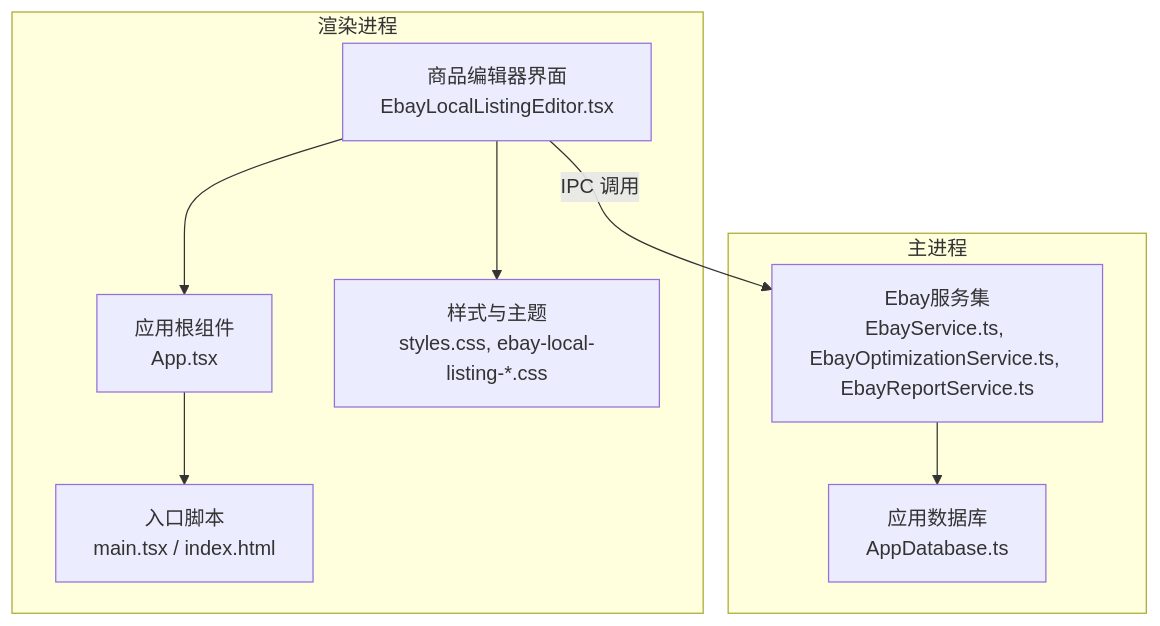
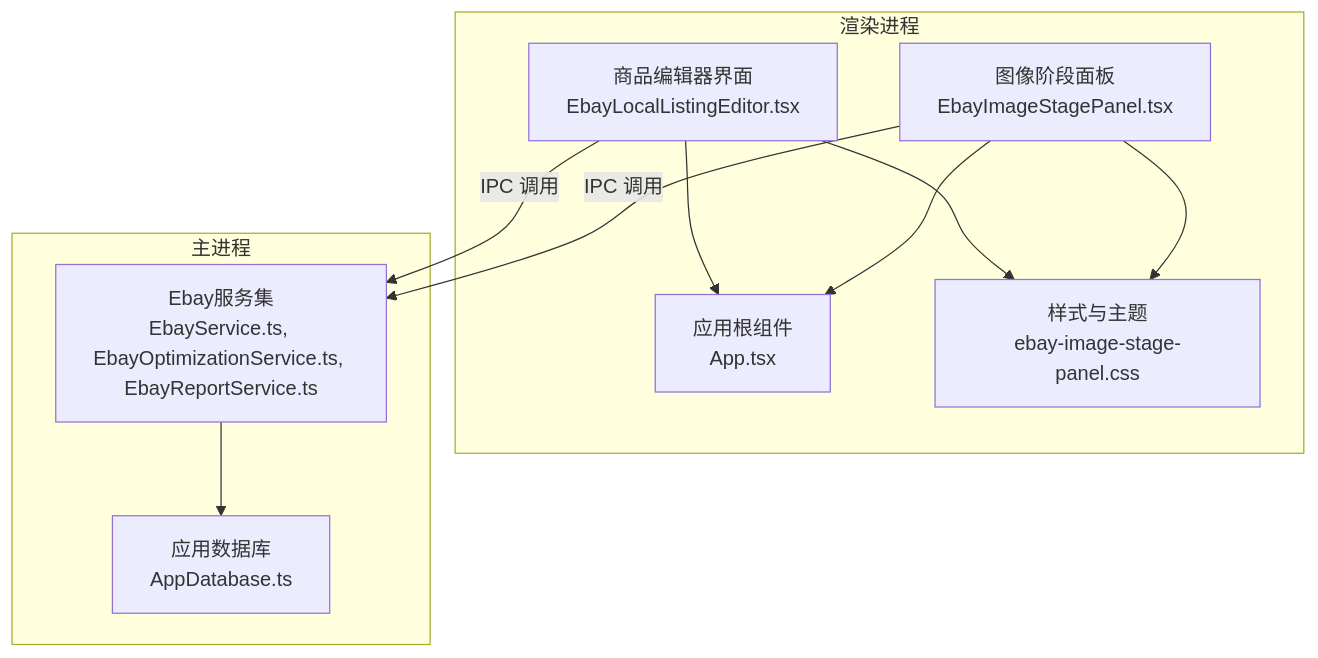
Before and after one commit to iljahofbauer219-lang/yandu: the first of 5 diagrams in .qoder/repowiki/zh/content/系统架构/渲染进程架构/Ebay本地商品编辑器/商品表单管理.md, drawn with Mermaid. The commit also changed other lines of this file and 3071 other files, not shown here.

````diff
--- a/.qoder/repowiki/zh/content/系统架构/渲染进程架构/Ebay本地商品编辑器/商品表单管理.md
+++ b/.qoder/repowiki/zh/content/系统架构/渲染进程架构/Ebay本地商品编辑器/商品表单管理.md
@@ -40,18 +40,20 @@
 ```mermaid
 graph TB
 subgraph "渲染进程"
-UI["商品编辑器界面<br/>EbayLocalListingEditor.tsx"]
+Editor["商品编辑器界面<br/>EbayLocalListingEditor.tsx"]
+ImagePanel["图像阶段面板<br/>EbayImageStagePanel.tsx"]
 AppRoot["应用根组件<br/>App.tsx"]
-Entry["入口脚本<br/>main.tsx / index.html"]
-Styles["样式与主题<br/>styles.css, ebay-local-listing-*.css"]
+Styles["样式与主题<br/>ebay-image-stage-panel.css"]
 end
 subgraph "主进程"
 Services["Ebay服务集<br/>EbayService.ts, EbayOptimizationService.ts, EbayReportService.ts"]
 DB["应用数据库<br/>AppDatabase.ts"]
 end
-UI --> AppRoot
-AppRoot --> Entry
-UI --> Styles
-UI --> |"IPC 调用"| Services
+Editor --> AppRoot
+ImagePanel --> AppRoot
+Editor --> Styles
+ImagePanel --> Styles
+Editor --> |"IPC 调用"| Services
+ImagePanel --> |"IPC 调用"| Services
 Services --> DB
 ```
````
